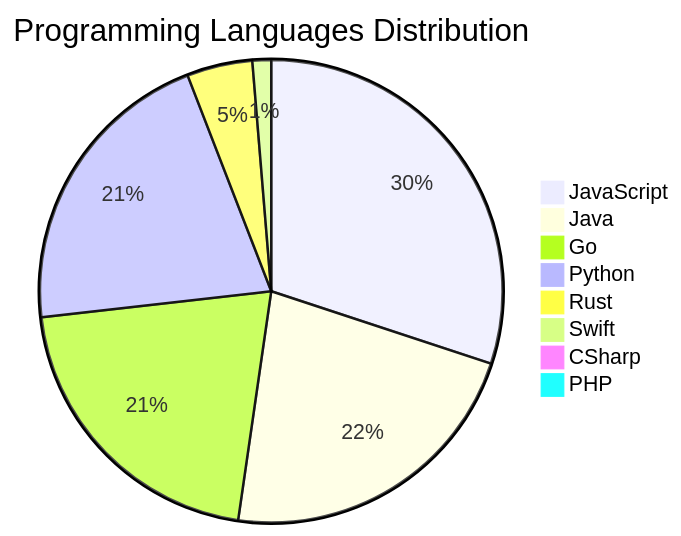
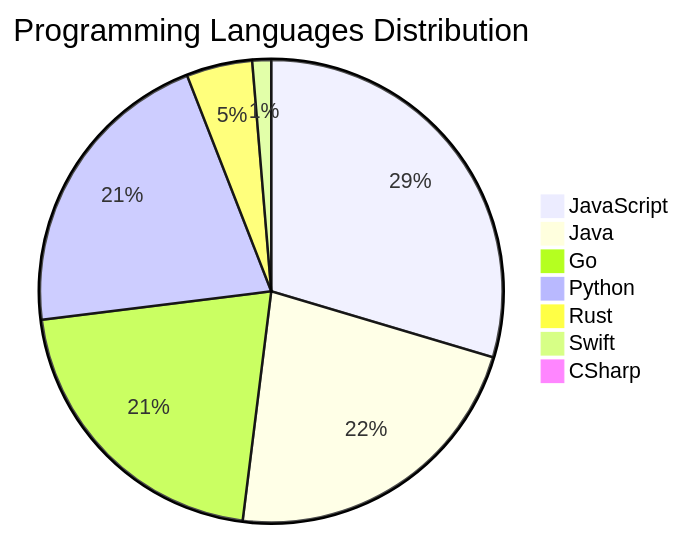
The diagram in README.md (Derrick-MUGISHA/github-activity-bot), drawn with Mermaid before and after one commit. The commit also changed other lines of this file and 4 other files, not shown here.

````diff
--- a/README.md
+++ b/README.md
@@ -208,11 +207,10 @@
 ```mermaid
 pie title Programming Languages Distribution
-    "JavaScript" : 46
+    "JavaScript" : 45
     "Java" : 34
     "Go" : 32
     "Python" : 32
     "Rust" : 7
     "Swift" : 2
     "CSharp" : 1
-    "PHP" : 1
 ```
````
